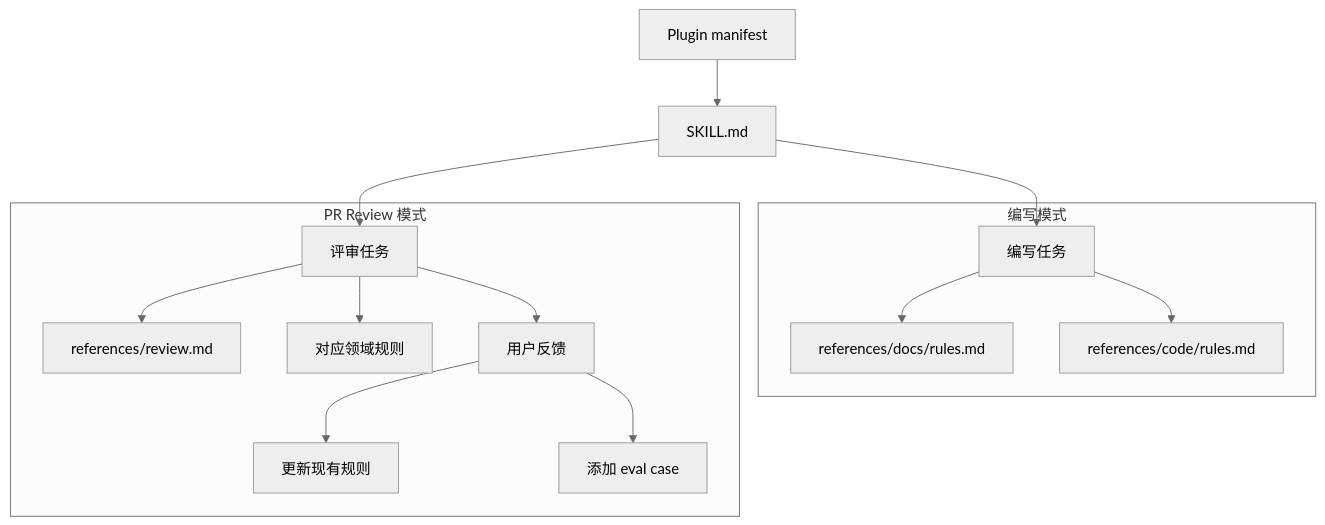
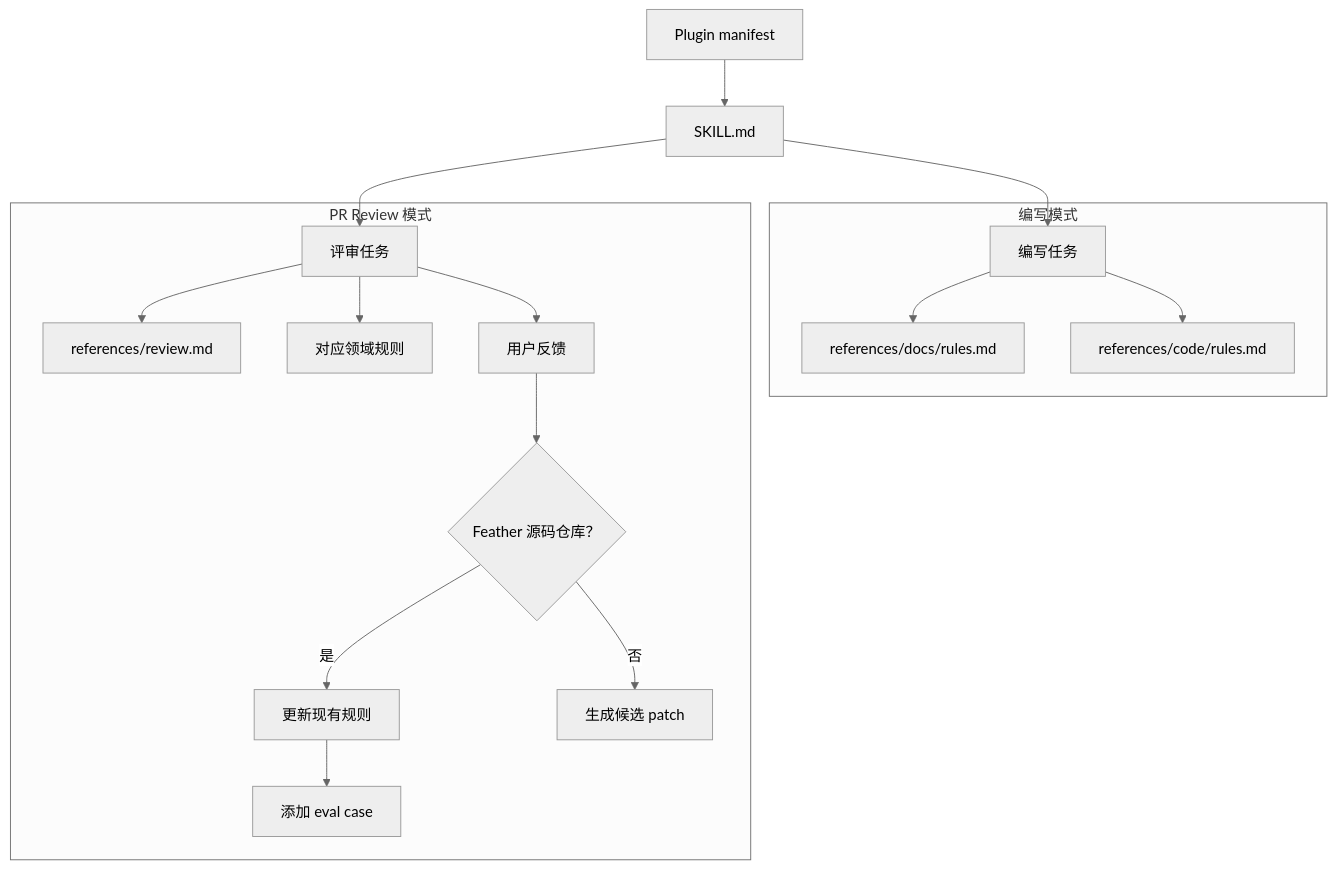
The diagram in docs/architecture.md (zhangdfly/feather-engineering-agent), drawn with Mermaid (neutral theme) before and after one commit. The commit also changed other lines of this file and 21 other files, not shown here.

````diff
--- a/docs/architecture.md
+++ b/docs/architecture.md
@@ -26,29 +26,33 @@
 ```mermaid
 flowchart TD
     manifest["Plugin manifest"] --> skill["SKILL.md"]
 
     subgraph authoring["编写模式"]
         authoringTask["编写任务"]
         docsRules["references/docs/rules.md"]
         codeRules["references/code/rules.md"]
         authoringTask --> docsRules
         authoringTask --> codeRules
     end
 
     subgraph review["PR Review 模式"]
         reviewTask["评审任务"]
         reviewRules["references/review.md"]
         domainRules["对应领域规则"]
         feedback["用户反馈"]
+        sourceCheck{"Feather 源码仓库？"}
         updateRules["更新现有规则"]
         evalCase["添加 eval case"]
+        changeProposal["生成候选 patch"]
         reviewTask --> reviewRules
         reviewTask --> domainRules
         reviewTask --> feedback
-        feedback --> updateRules
-        feedback --> evalCase
+        feedback --> sourceCheck
+        sourceCheck -->|是| updateRules
+        sourceCheck -->|否| changeProposal
+        updateRules --> evalCase
     end
 
     skill --> authoringTask
     skill --> reviewTask
 ```
````
